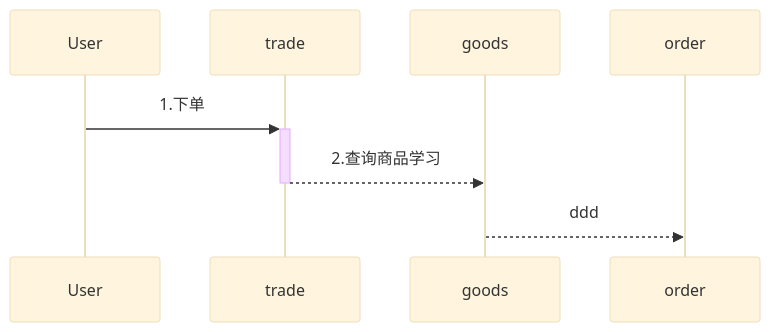
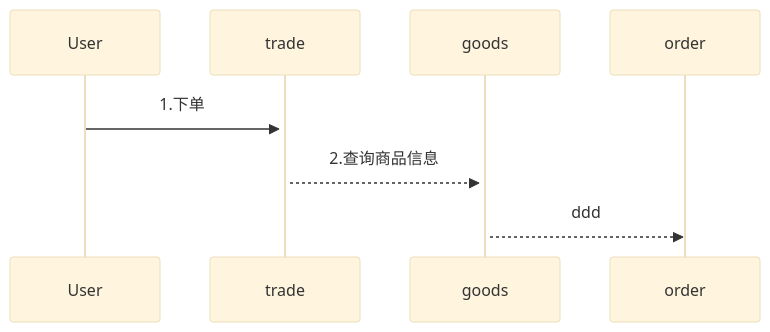
The diagram in all/未命名-6.md (yingjianzh/iodraw-files), drawn with Mermaid (base theme) before and after one commit.

Commit message:
2024-08-19 14:58:59 update

````diff
--- a/all/未命名-6.md
+++ b/all/未命名-6.md
@@ -1,6 +1,6 @@
 ```mermaid
 sequenceDiagram
     User->>+trade: 1.下单
-    trade-->>-goods: 2.查询商品学习
+    trade-->>+goods: 2.查询商品信息
     goods-->>order: ddd
 ```
````
